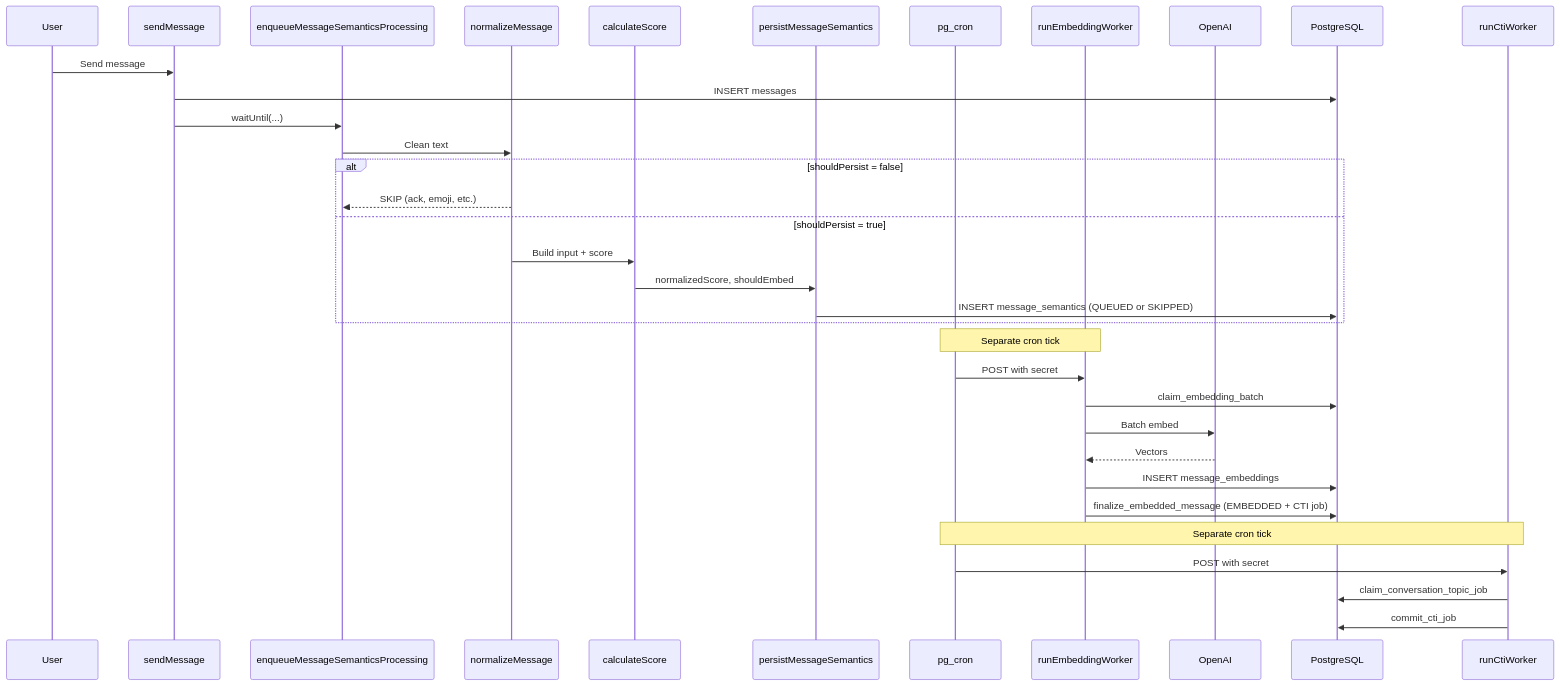
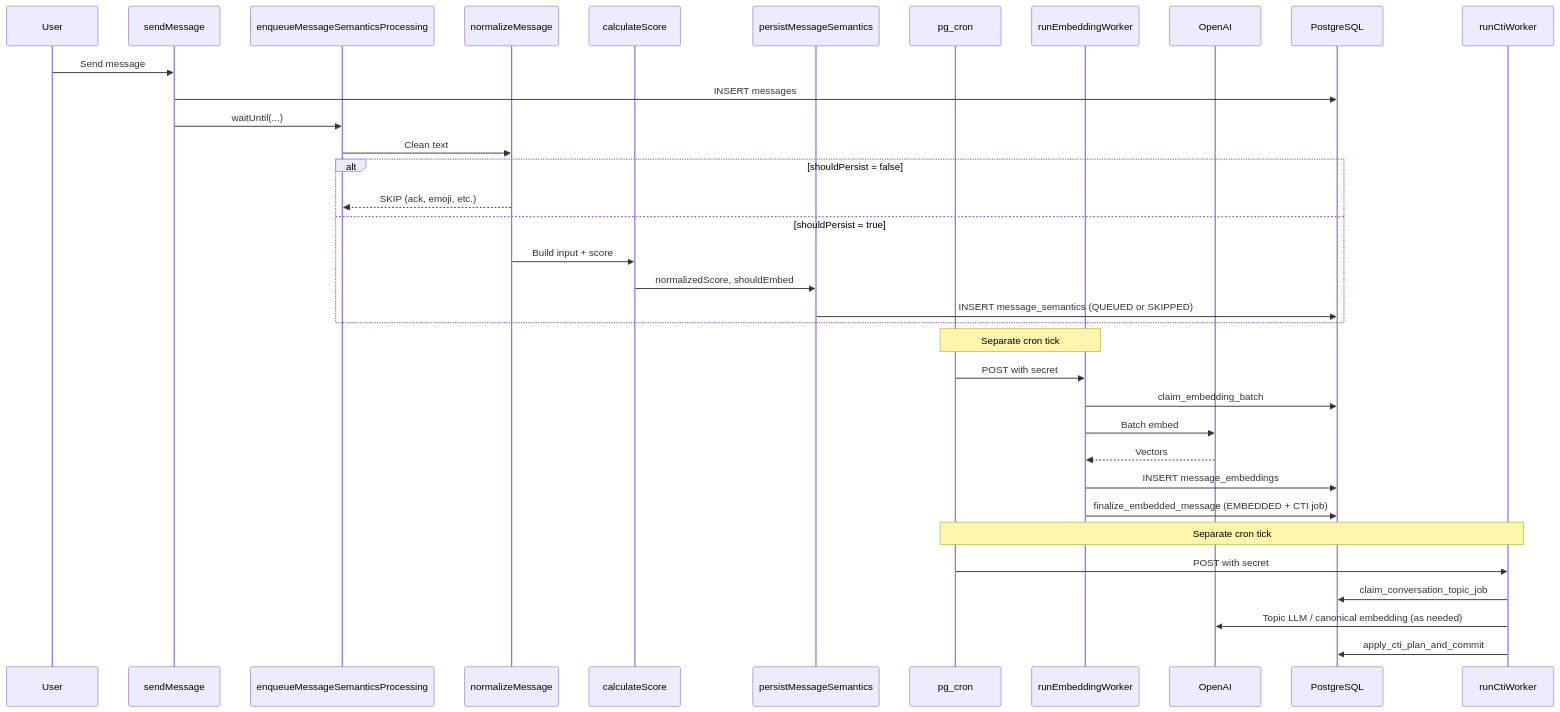
The diagram in docs/semantic/pipeline.md (carlos-tamarind/tamarind-app), drawn with Mermaid before and after one commit. The commit also changed other lines of this file and 33 other files, not shown here.

````diff
--- a/docs/semantic/pipeline.md
+++ b/docs/semantic/pipeline.md
@@ -7,39 +7,40 @@
 ```mermaid
 sequenceDiagram
   participant User
   participant SF as sendMessage
   participant Enqueue as enqueueMessageSemanticsProcessing
   participant Norm as normalizeMessage
   participant Score as calculateScore
   participant Persist as persistMessageSemantics
   participant Cron as pg_cron
   participant Worker as runEmbeddingWorker
   participant OpenAI
   participant DB as PostgreSQL
   participant CtiWorker as runCtiWorker
 
   User->>SF: Send message
   SF->>DB: INSERT messages
   SF->>Enqueue: waitUntil(...)
   Enqueue->>Norm: Clean text
   alt shouldPersist = false
     Norm-->>Enqueue: SKIP (ack, emoji, etc.)
   else shouldPersist = true
     Norm->>Score: Build input + score
     Score->>Persist: normalizedScore, shouldEmbed
     Persist->>DB: INSERT message_semantics (QUEUED or SKIPPED)
   end
 
   Note over Cron,Worker: Separate cron tick
   Cron->>Worker: POST with secret
   Worker->>DB: claim_embedding_batch
   Worker->>OpenAI: Batch embed
   OpenAI-->>Worker: Vectors
   Worker->>DB: INSERT message_embeddings
   Worker->>DB: finalize_embedded_message (EMBEDDED + CTI job)
 
   Note over Cron,CtiWorker: Separate cron tick
   Cron->>CtiWorker: POST with secret
   CtiWorker->>DB: claim_conversation_topic_job
-  CtiWorker->>DB: commit_cti_job
+  CtiWorker->>OpenAI: Topic LLM / canonical embedding (as needed)
+  CtiWorker->>DB: apply_cti_plan_and_commit
 ```
````
